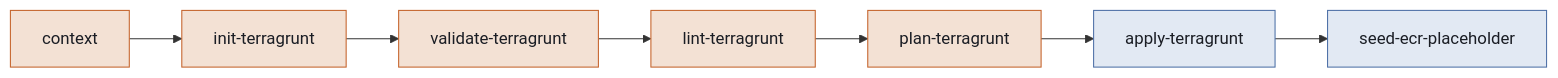
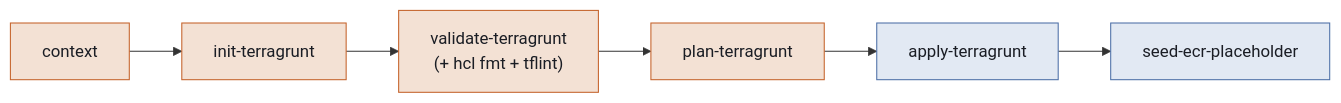
Before and after one commit to Ajjai99/thor-demo-backend: the second of 2 diagrams in docs/infra-pipeline.md, drawn with Mermaid. The commit also changed other lines of this file and 3 other files, not shown here.

````diff
--- a/docs/infra-pipeline.md
+++ b/docs/infra-pipeline.md
@@ -29,14 +28,13 @@
 ```mermaid
 flowchart LR
     u1["context"] --> u2["init-terragrunt"]
-    u2 --> u3["validate-terragrunt"]
-    u3 --> u4["lint-terragrunt"]
-    u4 --> u5["plan-terragrunt"]
-    u5 --> u6["apply-terragrunt"]
-    u6 --> u7["seed-ecr-placeholder"]
+    u2 --> u3["validate-terragrunt<br/>(+ hcl fmt + tflint)"]
+    u3 --> u4["plan-terragrunt"]
+    u4 --> u5["apply-terragrunt"]
+    u5 --> u6["seed-ecr-placeholder"]
 
     classDef preview fill:#f3e1d4,stroke:#c4622a,color:#1a1d24;
     classDef apply fill:#e2e9f3,stroke:#4c6fa6,color:#1a1d24;
-    class u1,u2,u3,u4,u5 preview;
-    class u6,u7 apply;
+    class u1,u2,u3,u4 preview;
+    class u5,u6 apply;
 ```
````
